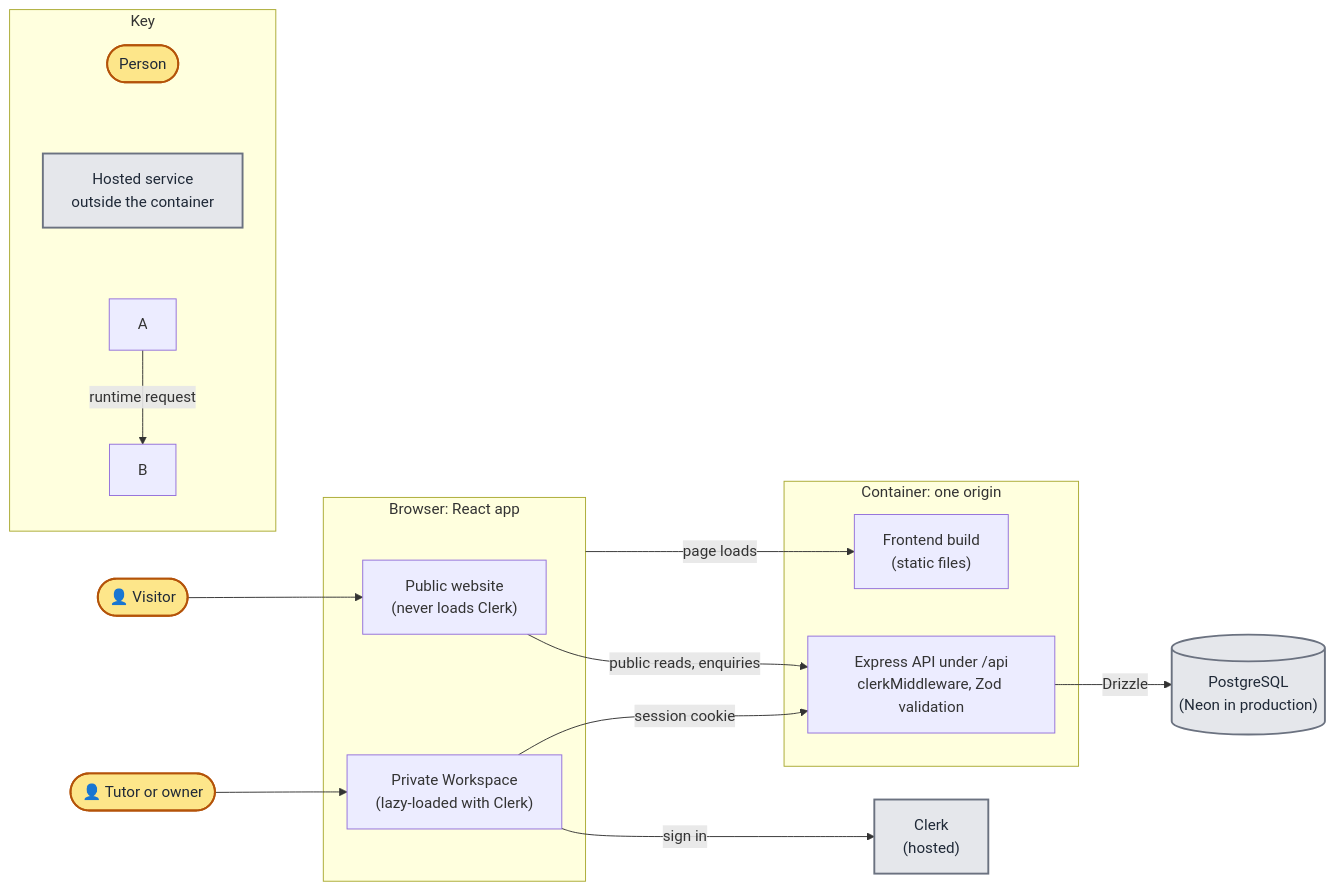
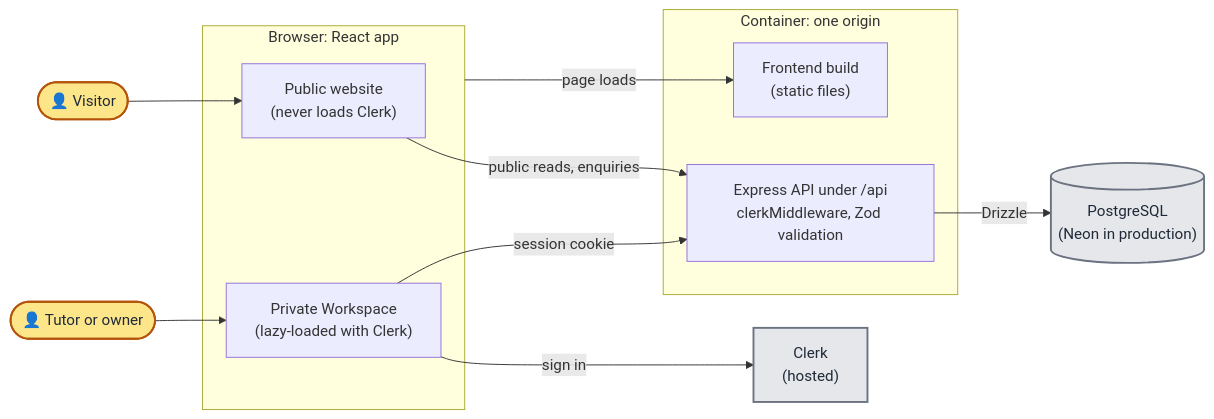
Before and after one commit to sumau/welltutored: the first of 3 diagrams in docs/architecture.md, drawn with Mermaid. The commit also changed other lines of this file, not shown here.

Commit message:
Move the architecture diagram's key below it

````diff
--- a/docs/architecture.md
+++ b/docs/architecture.md
@@ -14,36 +14,27 @@
 ```mermaid
 flowchart LR
   visitor(["👤 Visitor"]) --> public
   tutor(["👤 Tutor or owner"]) --> workspace
   classDef person fill:#fde68a,stroke:#b45309,stroke-width:2px,color:#1f2937
   class visitor,tutor person
 
   subgraph browser["Browser: React app"]
     public["Public website<br/>(never loads Clerk)"]
     workspace["Private Workspace<br/>(lazy-loaded with Clerk)"]
   end
 
   workspace -- "sign in" --> clerk["Clerk<br/>(hosted)"]
 
   subgraph container["Container: one origin"]
     static["Frontend build<br/>(static files)"]
     api["Express API under /api<br/>clerkMiddleware, Zod validation"]
   end
 
   browser -- "page loads" --> static
   public -- "public reads, enquiries" --> api
   workspace -- "session cookie" --> api
   api -- "Drizzle" --> db[("PostgreSQL<br/>(Neon in production)")]
 
   classDef external fill:#e5e7eb,stroke:#6b7280,stroke-width:2px,color:#1f2937
   class clerk,db external
-
-  subgraph key["Key"]
-    keyPerson(["Person"])
-    keyHosted["Hosted service<br/>outside the container"]
-    keyFrom["A"] -- "runtime request" --> keyTo["B"]
-    keyPerson ~~~ keyHosted ~~~ keyFrom
-  end
-  class keyPerson person
-  class keyHosted external
 ```
````
